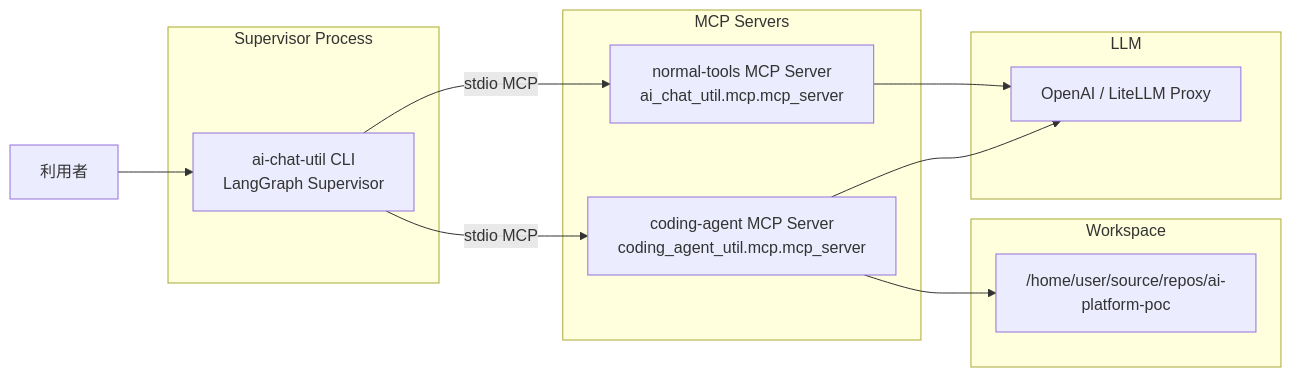
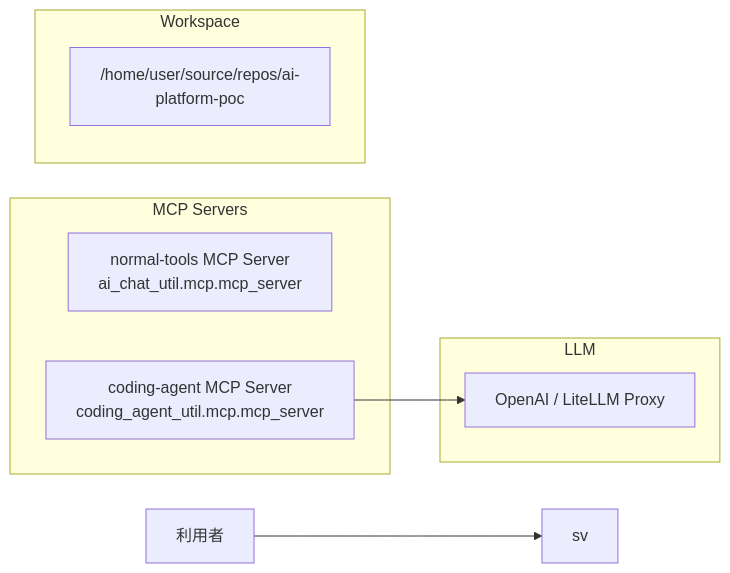
The diagram in docs/11_検証/02_コーディングエージェントのMCPサーバー化検証.md (knd3dayo/ai-platform-poc), drawn with Mermaid before and after one commit. The commit also changed other lines of this file and 21 other files, not shown here.

````diff
--- a/docs/11_検証/02_コーディングエージェントのMCPサーバー化検証.md
+++ b/docs/11_検証/02_コーディングエージェントのMCPサーバー化検証.md
@@ -43,28 +34,20 @@
 ```mermaid
 flowchart LR
   user["利用者"]
-
-  subgraph supervisor["Supervisor Process"]
-    sv["ai-chat-util CLI<br/>LangGraph Supervisor"]
-  end
 
   subgraph mcp_servers["MCP Servers"]
     normal["normal-tools MCP Server<br/>ai_chat_util.mcp.mcp_server"]
     coding["coding-agent MCP Server<br/>coding_agent_util.mcp.mcp_server"]
   end
 
   subgraph workspace["Workspace"]
     repo["/home/user/source/repos/ai-platform-poc"]
   end
 
   subgraph llm["LLM"]
     model["OpenAI / LiteLLM Proxy"]
   end
 
   user --> sv
-  sv -->|stdio MCP| normal
-  sv -->|stdio MCP| coding
-  normal --> model
-  coding --> repo
   coding --> model
 ```
````
